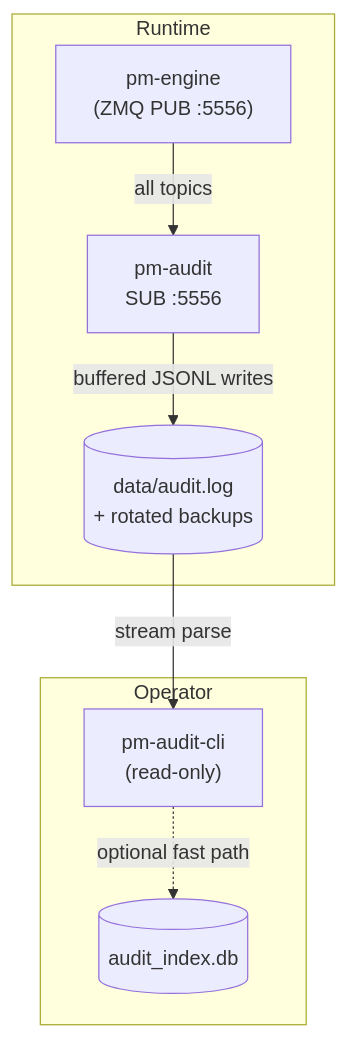
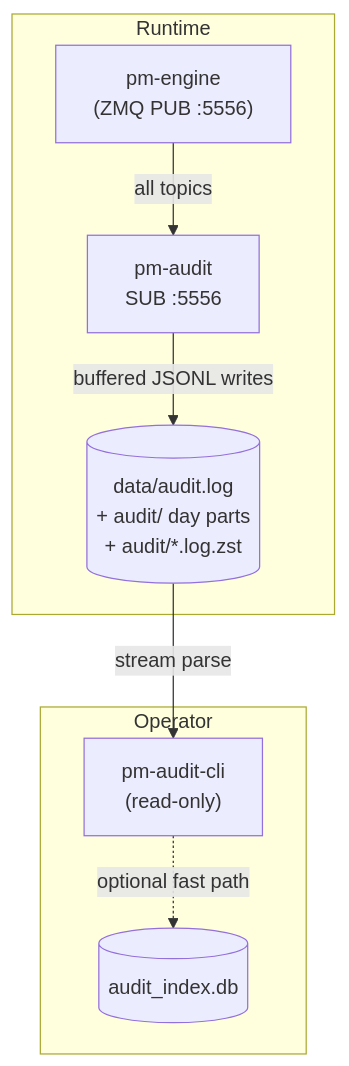
Before and after one commit to johan162/EduMatcher: the diagram in docs/books/operator-guide/part-6-observe-and-recover/020-audit-trail.md, drawn with Mermaid. The commit also changed other lines of this file and 17 other files, not shown here.

````diff
--- a/docs/books/operator-guide/part-6-observe-and-recover/020-audit-trail.md
+++ b/docs/books/operator-guide/part-6-observe-and-recover/020-audit-trail.md
@@ -33,15 +33,15 @@
 ```mermaid
 flowchart TB
     subgraph Runtime
         ENG["pm-engine\n(ZMQ PUB :5556)"]
         AUD["pm-audit\nSUB :5556"]
-        LOG[("data/audit.log\n+ rotated backups")]
+        LOG[("data/audit.log\n+ audit/ day parts\n+ audit/*.log.zst")]
         ENG -- "all topics" --> AUD
         AUD -- "buffered JSONL writes" --> LOG
     end
     subgraph Operator
         CLI["pm-audit-cli\n(read-only)"]
         LOG -- "stream parse" --> CLI
         CLI -. "optional fast path" .-> IDX[("audit_index.db")]
     end
 ```
````
